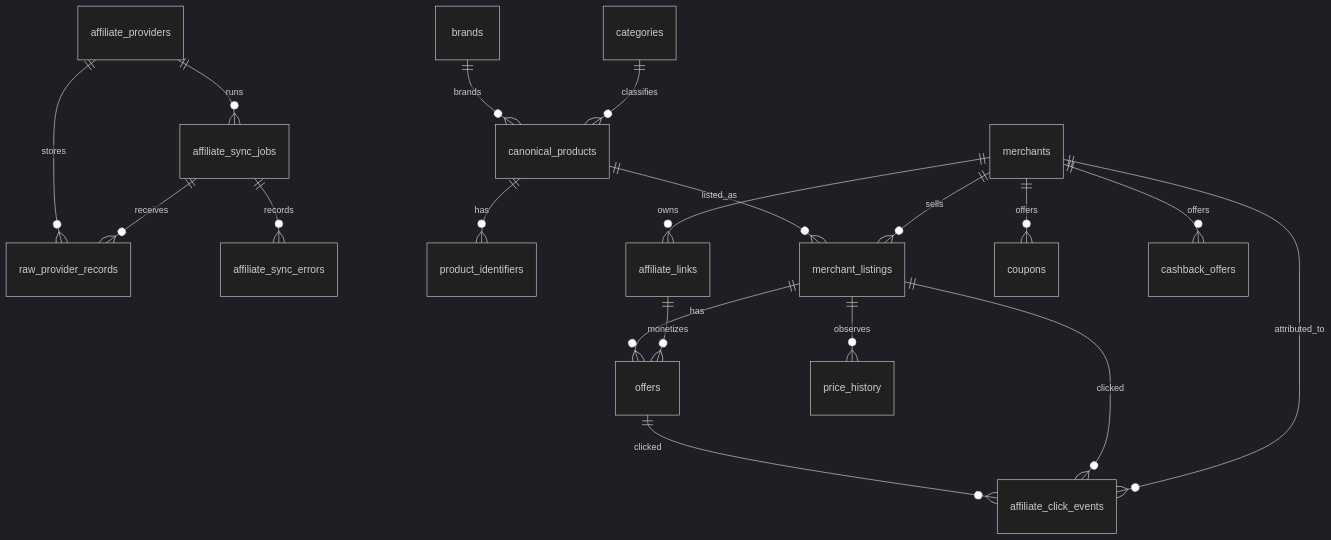
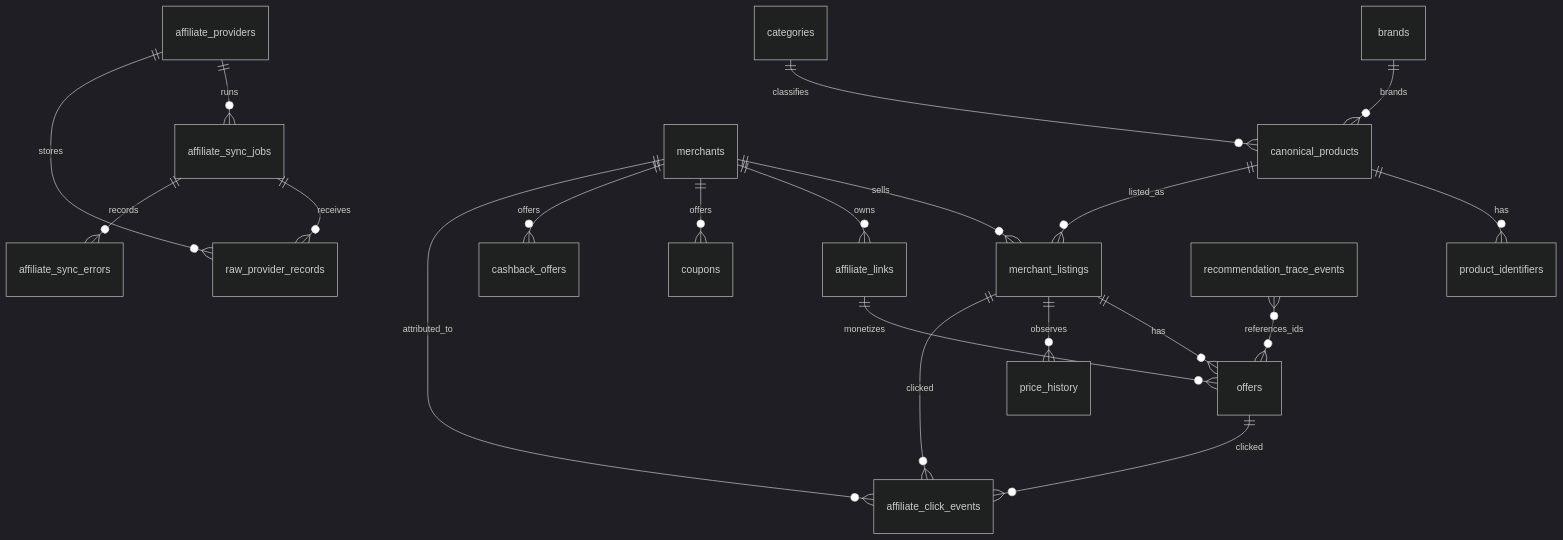
One commit to leoly5945-hash/SaveIQ changed the diagram in docs/DATA_MODEL.md. Above: the diagram before and after it, drawn with Mermaid (dark theme). The commit also changed other lines of this file and 19 other files, not shown here.

````diff
--- a/docs/DATA_MODEL.md
+++ b/docs/DATA_MODEL.md
@@ -16,21 +17,22 @@
 ```mermaid
 erDiagram
   affiliate_providers ||--o{ affiliate_sync_jobs : runs
   affiliate_providers ||--o{ raw_provider_records : stores
   affiliate_sync_jobs ||--o{ raw_provider_records : receives
   affiliate_sync_jobs ||--o{ affiliate_sync_errors : records
   brands ||--o{ canonical_products : brands
   categories ||--o{ canonical_products : classifies
   canonical_products ||--o{ product_identifiers : has
   canonical_products ||--o{ merchant_listings : listed_as
   merchants ||--o{ merchant_listings : sells
   merchant_listings ||--o{ offers : has
   merchant_listings ||--o{ price_history : observes
   merchants ||--o{ affiliate_links : owns
   affiliate_links ||--o{ offers : monetizes
   merchants ||--o{ coupons : offers
   merchants ||--o{ cashback_offers : offers
   offers ||--o{ affiliate_click_events : clicked
   merchant_listings ||--o{ affiliate_click_events : clicked
   merchants ||--o{ affiliate_click_events : attributed_to
+  recommendation_trace_events }o--o{ offers : references_ids
 ```
````
